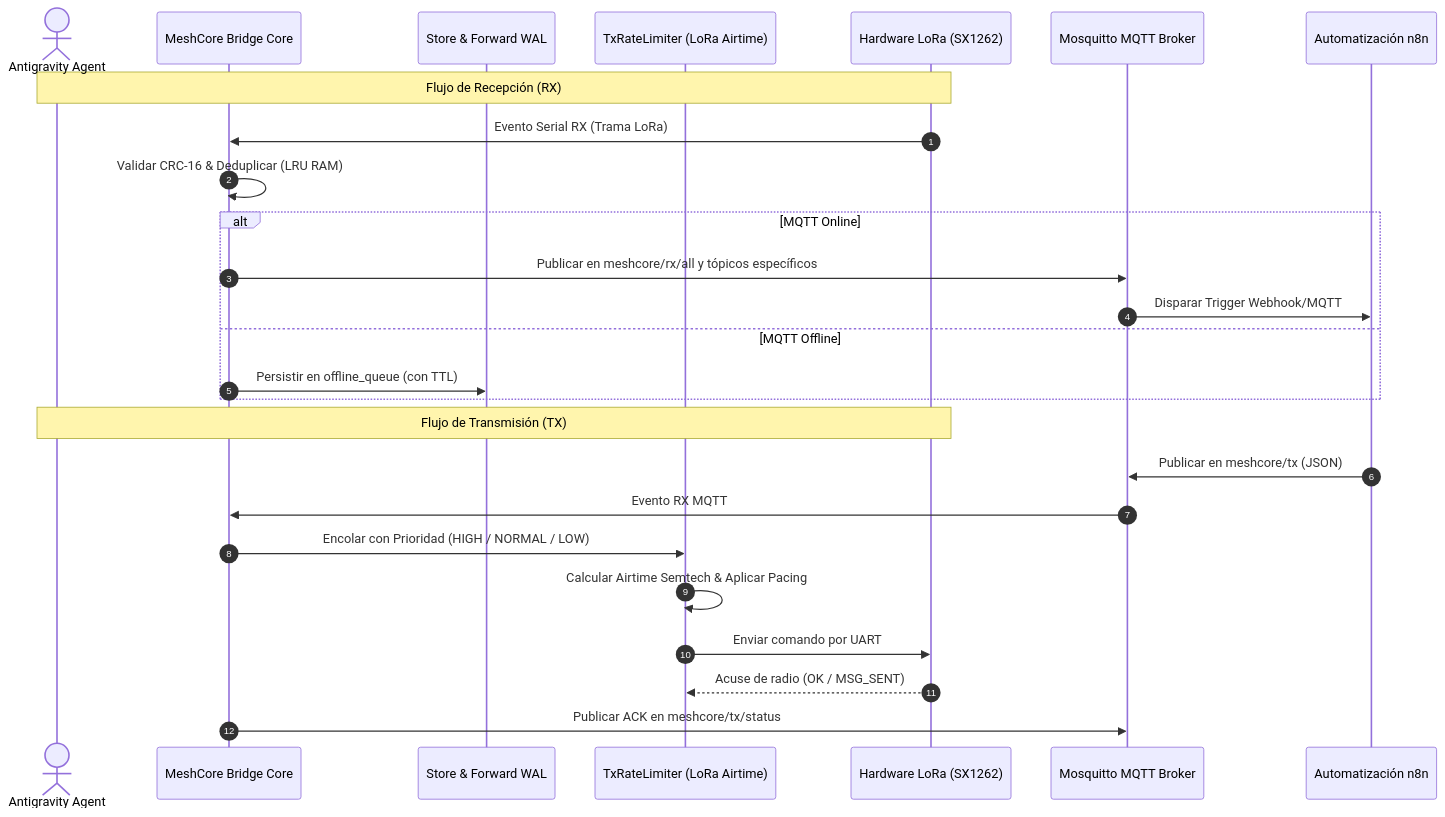
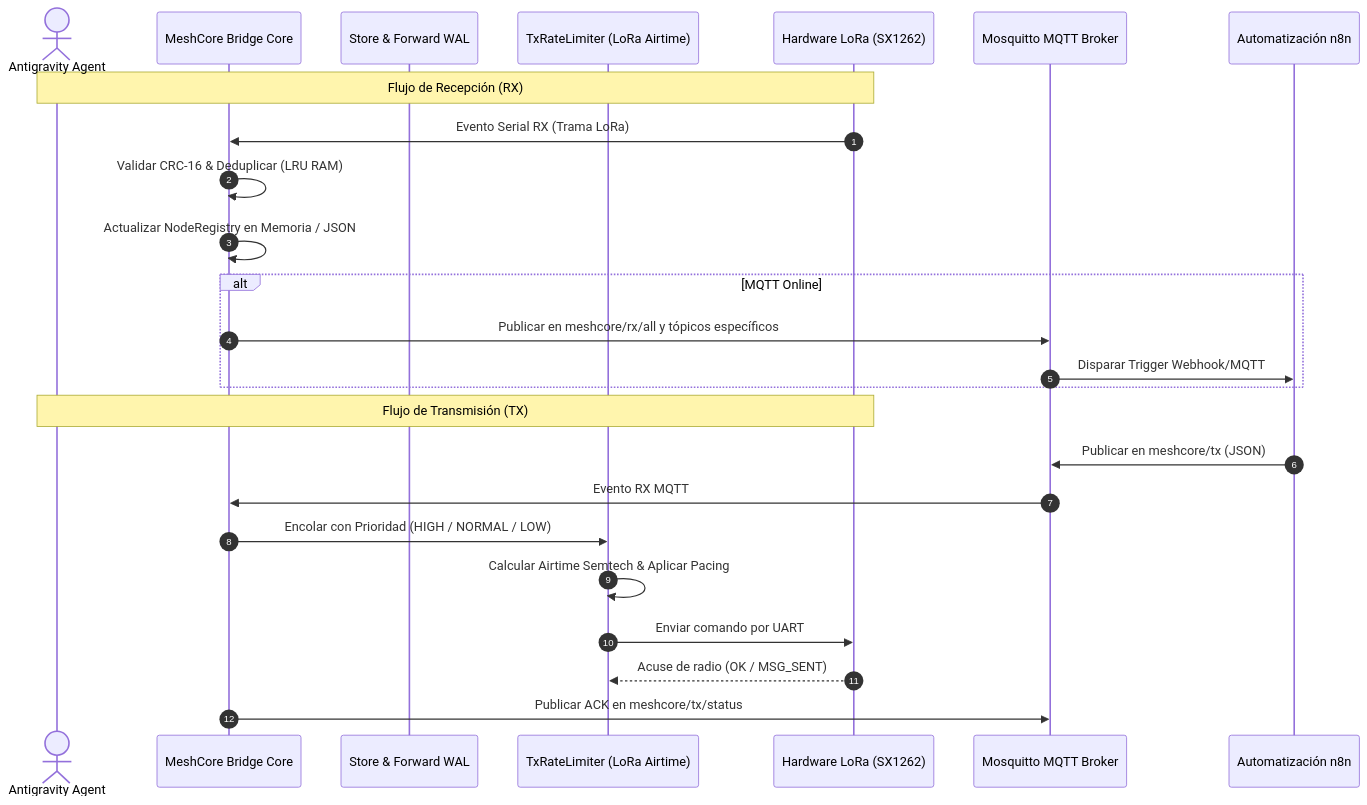
One commit to cyber89/meshcore-bridge-client changed the diagram in deploy/docs/reference_analysis/04_INTEGRATION_GUIDE_FOR_AGENTS.md. Above: the diagram before and after it, drawn with Mermaid. The commit also changed other lines of this file and 30 other files, not shown here.

Commit message:
refactor(persistence): eliminar referencias a SQLite y consolidar modelo de persistencia atomica JSON y memoria Flash

````diff
--- a/deploy/docs/reference_analysis/04_INTEGRATION_GUIDE_FOR_AGENTS.md
+++ b/deploy/docs/reference_analysis/04_INTEGRATION_GUIDE_FOR_AGENTS.md
@@ -13,30 +13,29 @@
 ```mermaid
 sequenceDiagram
     autonumber
     actor DevOrAgent as Antigravity Agent
     participant Bridge as MeshCore Bridge Core
     participant SQLite as Store & Forward WAL
     participant RateLimiter as TxRateLimiter (LoRa Airtime)
     participant HW as Hardware LoRa (SX1262)
     participant MQTT as Mosquitto MQTT Broker
     participant N8N as Automatización n8n
 
     Note over DevOrAgent,HW: Flujo de Recepción (RX)
     HW->>Bridge: Evento Serial RX (Trama LoRa)
     Bridge->>Bridge: Validar CRC-16 & Deduplicar (LRU RAM)
+    Bridge->>Bridge: Actualizar NodeRegistry en Memoria / JSON
     alt MQTT Online
         Bridge->>MQTT: Publicar en meshcore/rx/all y tópicos específicos
         MQTT->>N8N: Disparar Trigger Webhook/MQTT
-    else MQTT Offline
-        Bridge->>SQLite: Persistir en offline_queue (con TTL)
     end
 
     Note over DevOrAgent,HW: Flujo de Transmisión (TX)
     N8N->>MQTT: Publicar en meshcore/tx (JSON)
     MQTT->>Bridge: Evento RX MQTT
     Bridge->>RateLimiter: Encolar con Prioridad (HIGH / NORMAL / LOW)
     RateLimiter->>RateLimiter: Calcular Airtime Semtech & Aplicar Pacing
     RateLimiter->>HW: Enviar comando por UART
     HW-->>RateLimiter: Acuse de radio (OK / MSG_SENT)
     Bridge->>MQTT: Publicar ACK en meshcore/tx/status
 ```
````
